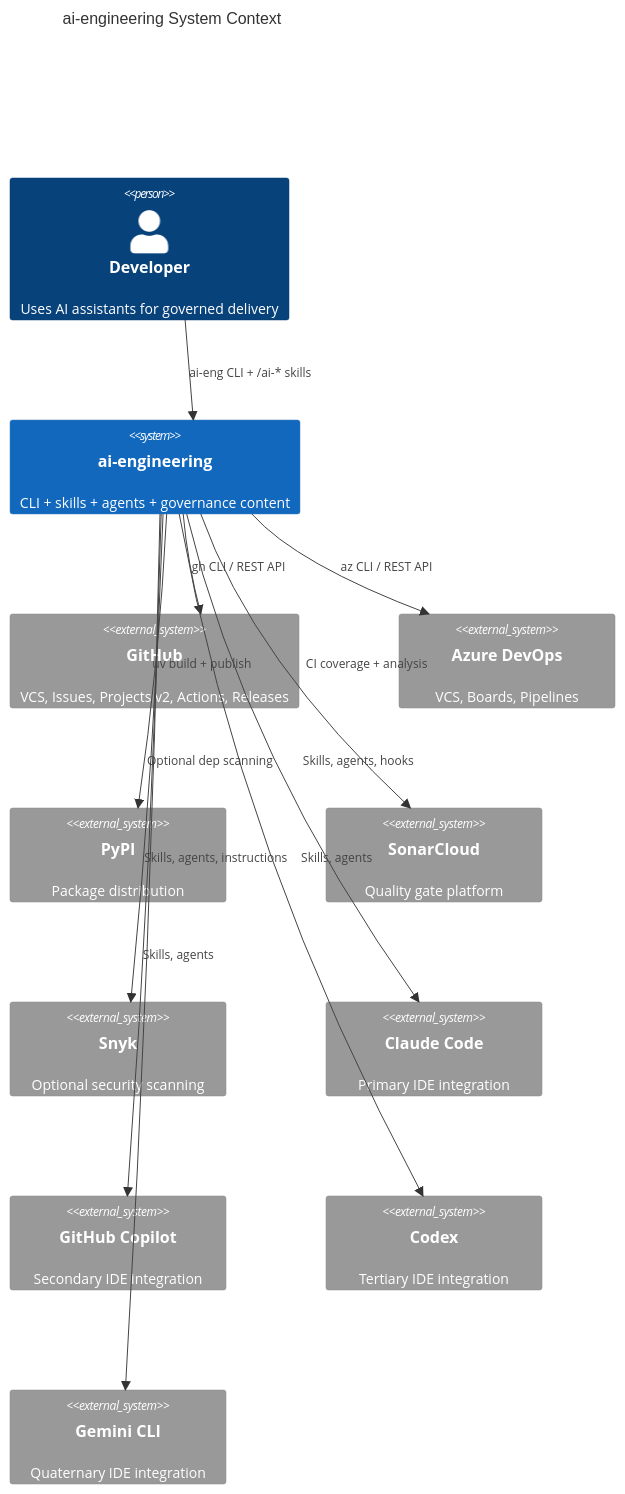
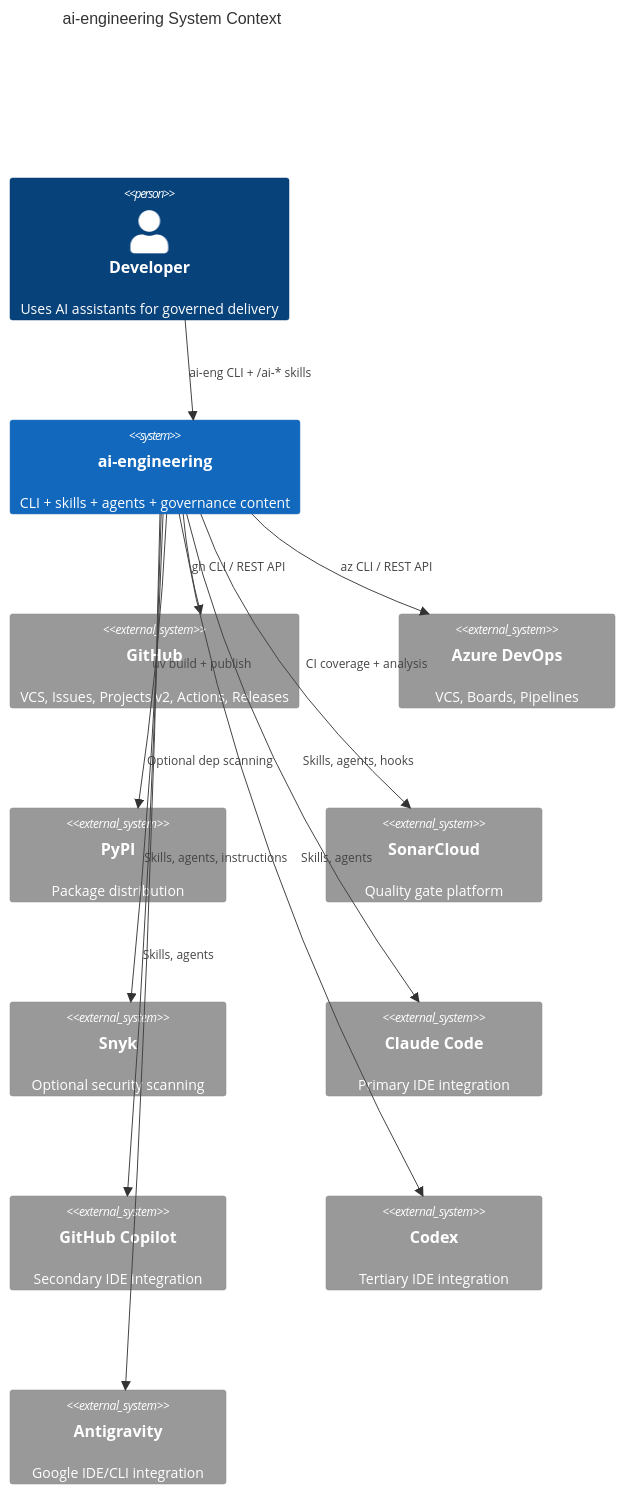
Before and after one commit to arcasilesgroup/ai-engineering: the first of 10 diagrams in .ai-engineering/solution-intent.md, drawn with Mermaid. The commit also changed other lines of this file and 929 other files, not shown here.

First line of the commit message:
feat(surfaces): replace gemini cli with antigravity

````diff
--- a/.ai-engineering/solution-intent.md
+++ b/.ai-engineering/solution-intent.md
@@ -70,28 +70,28 @@
 ```mermaid
 C4Context
     title ai-engineering System Context
 
     Person(dev, "Developer", "Uses AI assistants for governed delivery")
     System(framework, "ai-engineering", "CLI + skills + agents + governance content")
 
     System_Ext(github, "GitHub", "VCS, Issues, Projects v2, Actions, Releases")
     System_Ext(azdo, "Azure DevOps", "VCS, Boards, Pipelines")
     System_Ext(pypi, "PyPI", "Package distribution")
     System_Ext(sonar, "SonarCloud", "Quality gate platform")
     System_Ext(snyk, "Snyk", "Optional security scanning")
     System_Ext(claude, "Claude Code", "Primary IDE integration")
     System_Ext(copilot, "GitHub Copilot", "Secondary IDE integration")
     System_Ext(codex, "Codex", "Tertiary IDE integration")
-    System_Ext(gemini, "Gemini CLI", "Quaternary IDE integration")
+    System_Ext(antigravity, "Antigravity", "Google IDE/CLI integration")
 
     Rel(dev, framework, "ai-eng CLI + /ai-* skills")
     Rel(framework, github, "gh CLI / REST API")
     Rel(framework, azdo, "az CLI / REST API")
     Rel(framework, pypi, "uv build + publish")
     Rel(framework, sonar, "CI coverage + analysis")
     Rel(framework, snyk, "Optional dep scanning")
     Rel(framework, claude, "Skills, agents, hooks")
     Rel(framework, copilot, "Skills, agents, instructions")
     Rel(framework, codex, "Skills, agents")
-    Rel(framework, gemini, "Skills, agents")
+    Rel(framework, antigravity, "Skills, agents")
 ```
````
